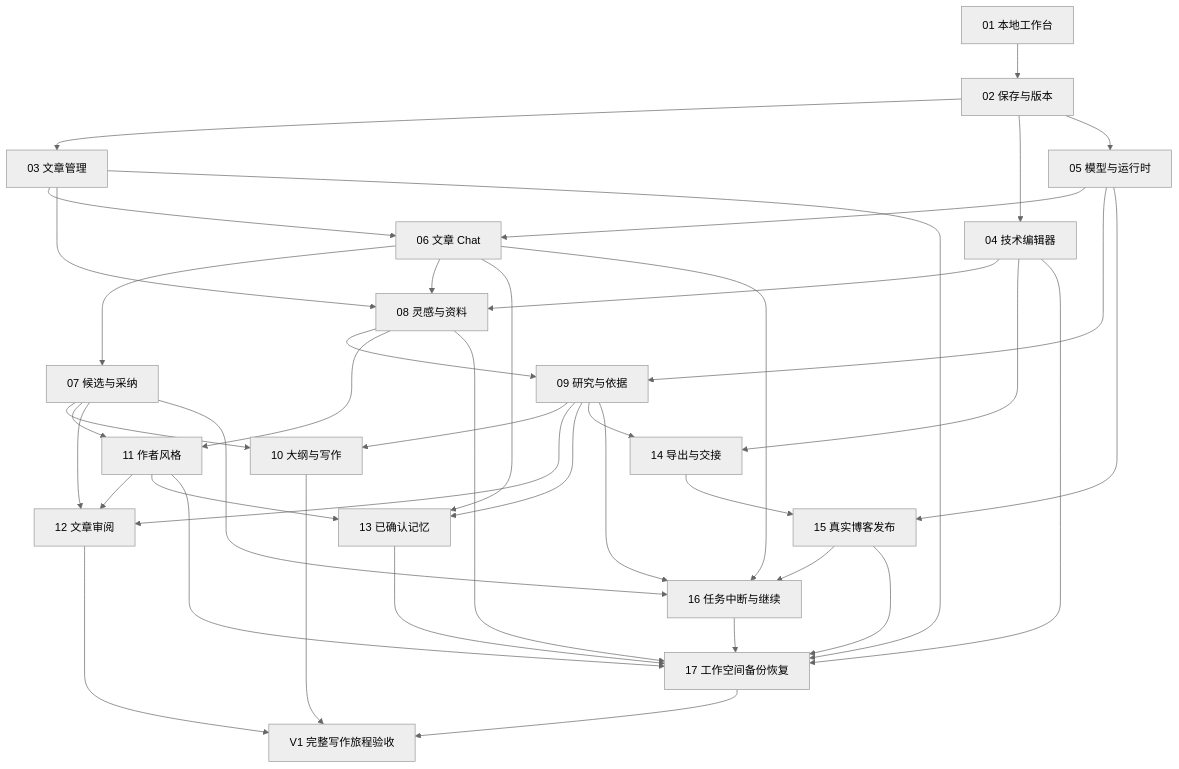
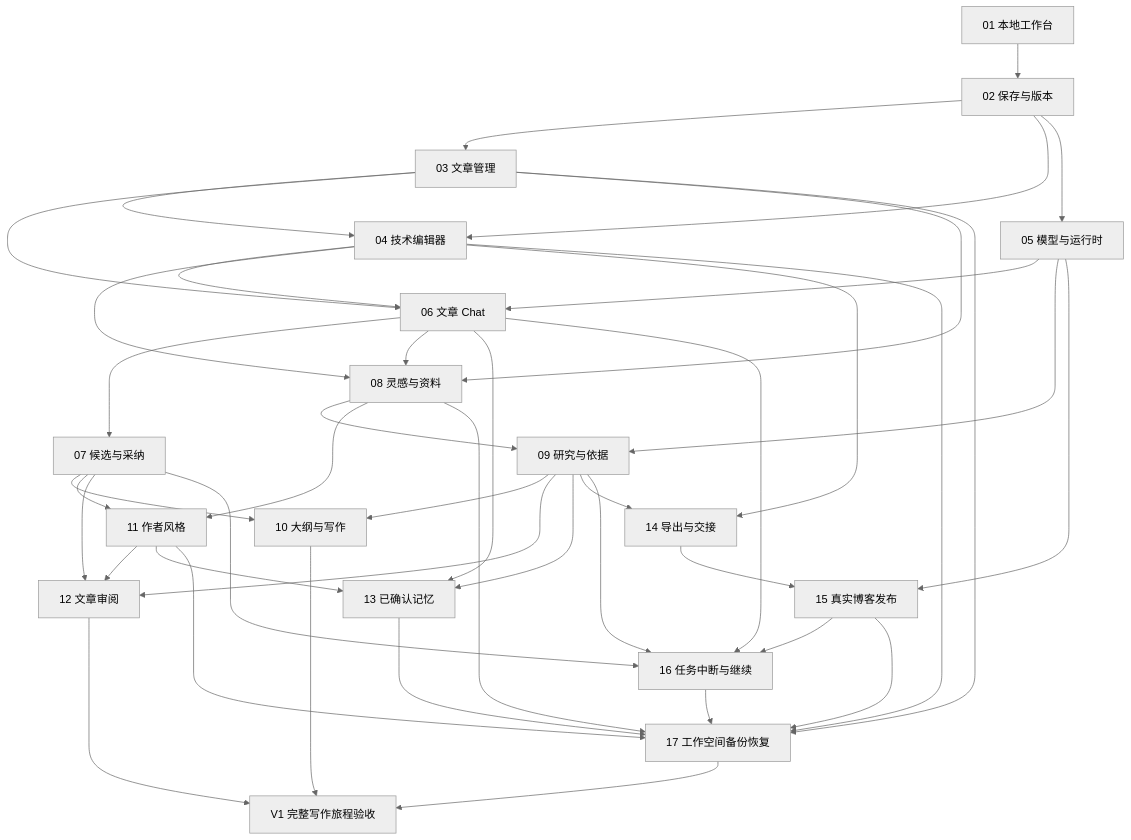
The diagram in docs/engineering/v1-change-roadmap.md (lotusp/inkling), drawn with Mermaid (neutral theme) before and after one commit. The commit also changed other lines of this file and 1 other file, not shown here.

````diff
--- a/docs/engineering/v1-change-roadmap.md
+++ b/docs/engineering/v1-change-roadmap.md
@@ -43,43 +59,45 @@
 ```mermaid
 flowchart TD
   C01[01 本地工作台] --> C02[02 保存与版本]
   C02 --> C03[03 文章管理]
   C02 --> C04[04 技术编辑器]
+  C03 --> C04
   C02 --> C05[05 模型与运行时]
   C03 --> C06[06 文章 Chat]
+  C04 --> C06
   C05 --> C06
   C06 --> C07[07 候选与采纳]
   C03 --> C08[08 灵感与资料]
   C04 --> C08
   C06 --> C08
   C08 --> C09[09 研究与依据]
   C05 --> C09
   C07 --> C10[10 大纲与写作]
   C09 --> C10
   C07 --> C11[11 作者风格]
   C08 --> C11
   C07 --> C12[12 文章审阅]
   C09 --> C12
   C11 --> C12
   C06 --> C13[13 已确认记忆]
   C09 --> C13
   C11 --> C13
   C04 --> C14[14 导出与交接]
   C09 --> C14
   C05 --> C15[15 真实博客发布]
   C14 --> C15
   C06 --> C16[16 任务中断与继续]
   C07 --> C16
   C09 --> C16
   C15 --> C16
   C03 --> C17[17 工作空间备份恢复]
   C04 --> C17
   C08 --> C17
   C11 --> C17
   C13 --> C17
   C15 --> C17
   C16 --> C17
   C10 --> V1[V1 完整写作旅程验收]
   C12 --> V1
   C17 --> V1
 ```
````
